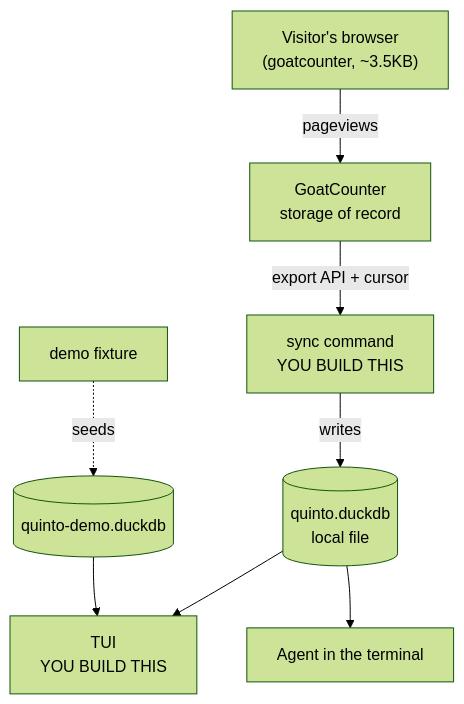
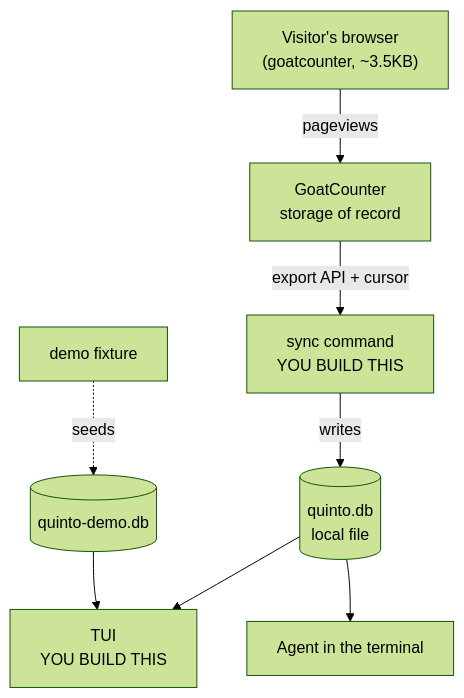
Before and after one commit to Tvk-sd/quinto: the diagram in PLAN.md, drawn with Mermaid (forest theme). The commit also changed other lines of this file and 7 other files, not shown here.

First line of the commit message:
Scaffold: Go module, SQLite store, hits schema

````diff
--- a/PLAN.md
+++ b/PLAN.md
@@ -195,10 +195,10 @@
 ```mermaid
 flowchart TD
     V["Visitor's browser<br/>(goatcounter, ~3.5KB)"] -->|pageviews| G["GoatCounter<br/>storage of record"]
     G -->|"export API + cursor"| S["sync command<br/>YOU BUILD THIS"]
-    S -->|writes| D[("quinto.duckdb<br/>local file")]
+    S -->|writes| D[("quinto.db<br/>local file")]
     D --> T["TUI<br/>YOU BUILD THIS"]
     D --> A["Agent in the terminal"]
-    F["demo fixture"] -.->|seeds| DD[("quinto-demo.duckdb")]
+    F["demo fixture"] -.->|seeds| DD[("quinto-demo.db")]
     DD --> T
 ```
````
